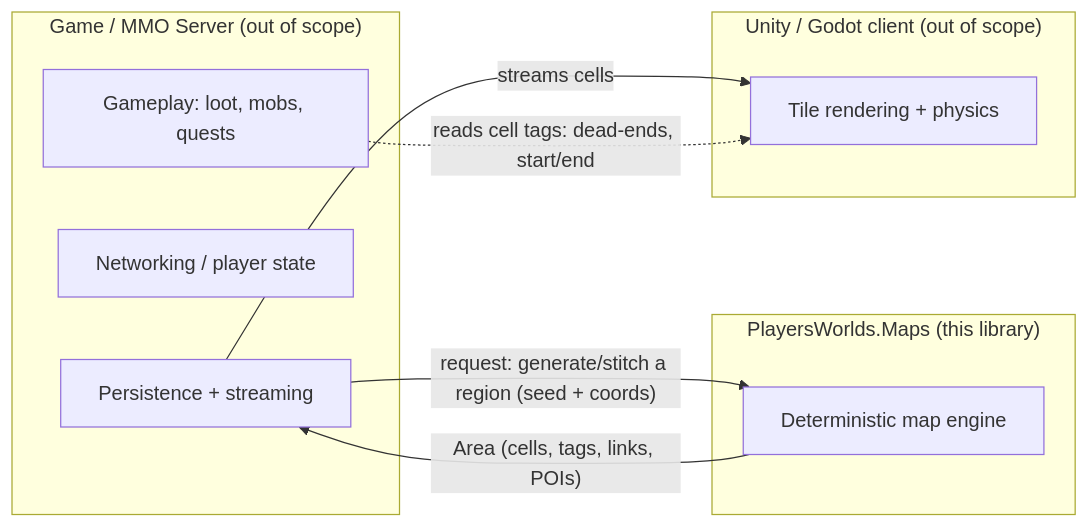
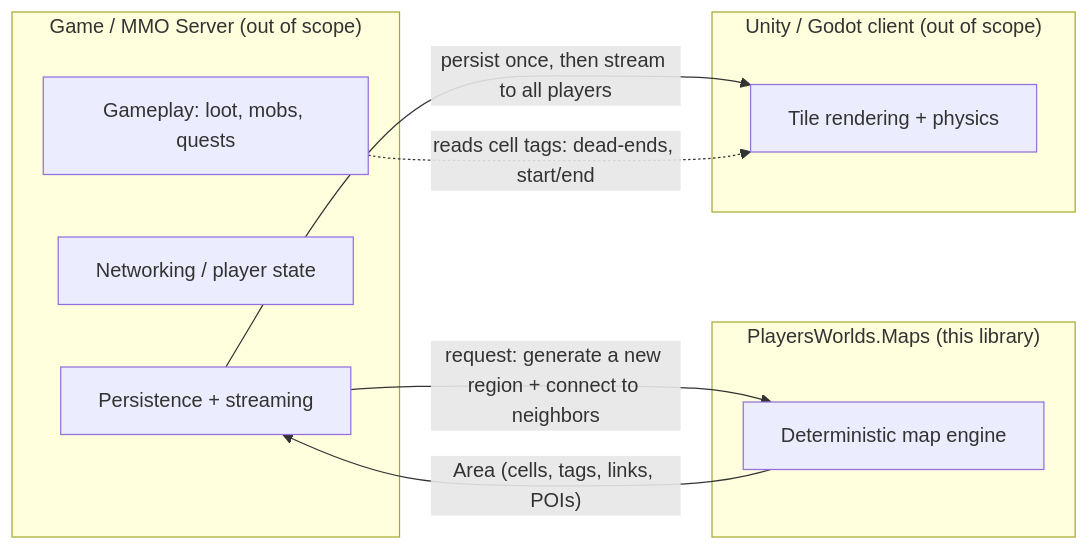
Before and after one commit to krmrn42/maze-gen: the first of 2 diagrams in docs/PRD.md, drawn with Mermaid. The commit also changed other lines of this file and 2 other files, not shown here.

First line of the commit message:
docs: correct world model — stateful/persisted, independent-gen + seam-stitch

````diff
--- a/docs/PRD.md
+++ b/docs/PRD.md
@@ -19,18 +20,18 @@
 ```mermaid
 graph LR
     subgraph Game["Game / MMO Server (out of scope)"]
         P[Persistence + streaming]
         N[Networking / player state]
         G[Gameplay: loot, mobs, quests]
     end
     subgraph Lib["PlayersWorlds.Maps (this library)"]
         E[Deterministic map engine]
     end
     subgraph Client["Unity / Godot client (out of scope)"]
         R[Tile rendering + physics]
     end
-    P -->|"request: generate/stitch a region (seed + coords)"| E
+    P -->|"request: generate a new region + connect to neighbors"| E
     E -->|"Area (cells, tags, links, POIs)"| P
-    P -->|streams cells| R
+    P -->|"persist once, then stream to all players"| R
     G -.->|reads cell tags: dead-ends, start/end| R
 ```
````
